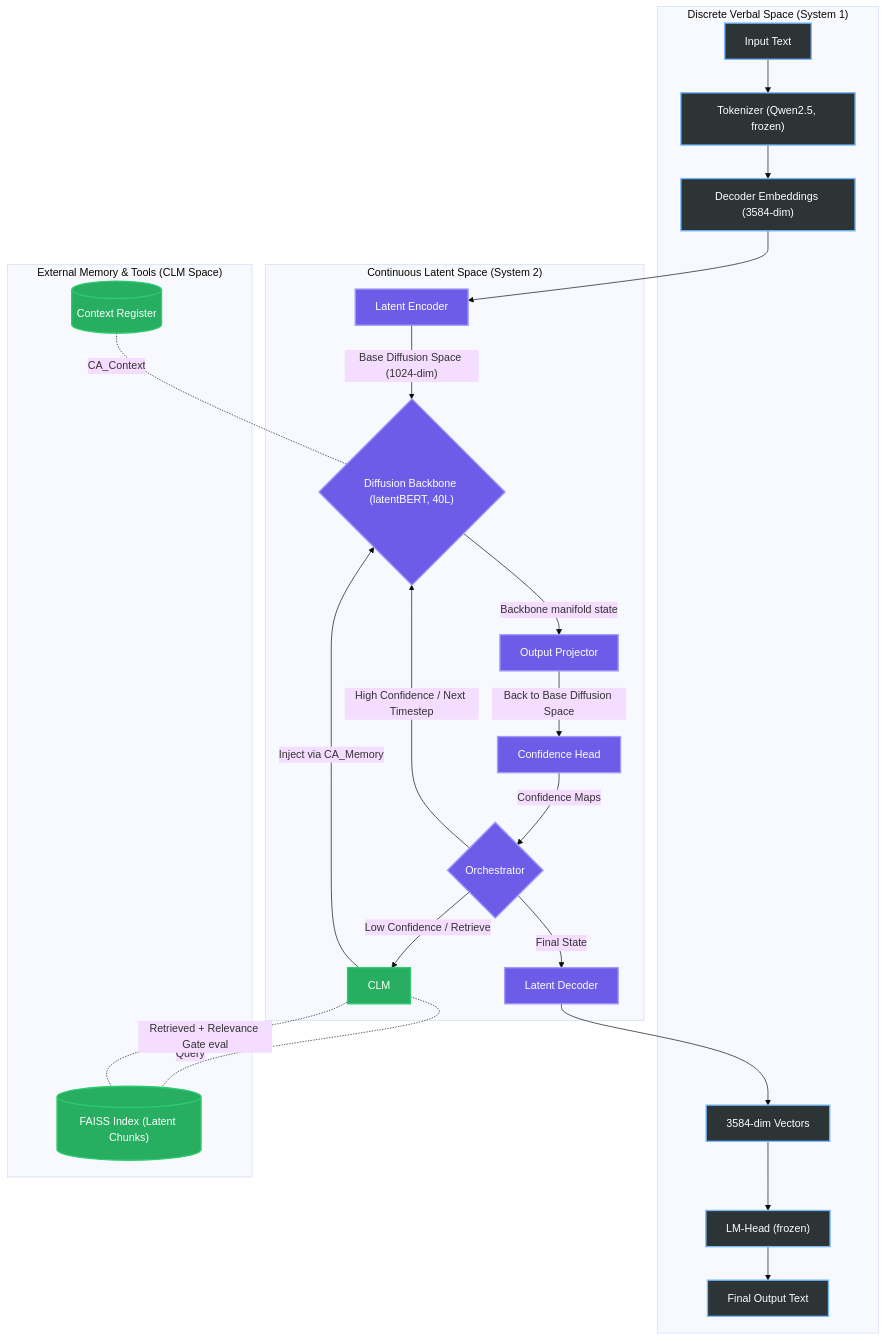
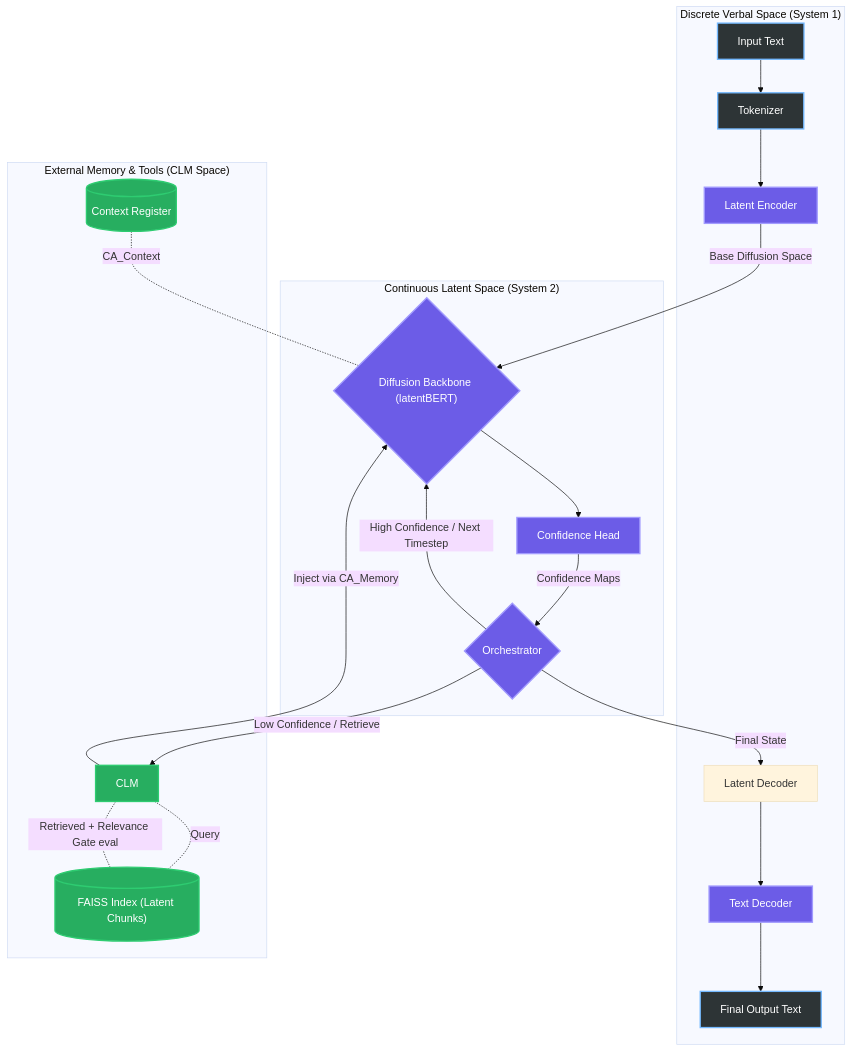
The diagram in README.md (Laeryid/BEBLaDII), drawn with Mermaid (base theme) before and after one commit. The commit also changed other lines of this file and 9 other files, not shown here.

````diff
--- a/README.md
+++ b/README.md
@@ -25,38 +25,35 @@
 ```mermaid
 graph TD
     classDef verbal fill:#2d3436,stroke:#74b9ff,stroke-width:2px,color:#fff
     classDef latent fill:#6c5ce7,stroke:#a29bfe,stroke-width:2px,color:#fff
     classDef clm fill:#27ae60,stroke:#2ecc71,stroke-width:2px,color:#fff
 
     subgraph "Discrete Verbal Space (System 1)"
-        A["Input Text"] --> B["Tokenizer (Qwen2.5, frozen)"]
-        B --> C["Decoder Embeddings (3584-dim)"]
-        K["3584-dim Vectors"] --> L["LM-Head (frozen)"]
-        L --> M["Final Output Text"]
+        A["Input Text"] --> B["Tokenizer"]
+        B --> C["Latent Encoder"]
+        P["Latent Decoder"] --> J["Text Decoder"]
+        J --> M["Final Output Text"]
     end
 
     subgraph "Continuous Latent Space (System 2)"
-        C --> D["Latent Encoder"]
-        D -->|"Base Diffusion Space (1024-dim)"| E{"Diffusion Backbone (latentBERT, 40L)"}
+        C -->|"Base Diffusion Space"| E{"Diffusion Backbone (latentBERT)"}
         
-        E -->|Backbone manifold state| OP["Output Projector"]
-        OP -->|"Back to Base Diffusion Space"| F["Confidence Head"]
+        E --> F["Confidence Head"]
         
         F -->|"Confidence Maps"| G{"Orchestrator"}
         G -->|"High Confidence / Next Timestep"| E
-        G -->|"Low Confidence / Retrieve"| H["CLM"]
-        H -->|"Inject via CA_Memory"| E
-        G -->|"Final State"| J["Latent Decoder"]
-        J --> K
+        G -->|"Final State"| P
     end
 
     subgraph "External Memory & Tools (CLM Space)"
+        TC[("Context Register")] -.-|"CA_Context"| E
+        G -->|"Low Confidence / Retrieve"| H["CLM"]
         H -.-|"Query"| I[("FAISS Index (Latent Chunks)")]
         I -.-|"Retrieved + Relevance Gate eval"| H
-        TC[("Context Register")] -.-|"CA_Context"| E
+        H -->|"Inject via CA_Memory"| E
     end
 
-    class A,B,C,K,L,M verbal
-    class D,E,F,G,J,OP latent
+    class A,B,M verbal
+    class C,E,F,G,J latent
     class H,I,TC clm
 ```
````
